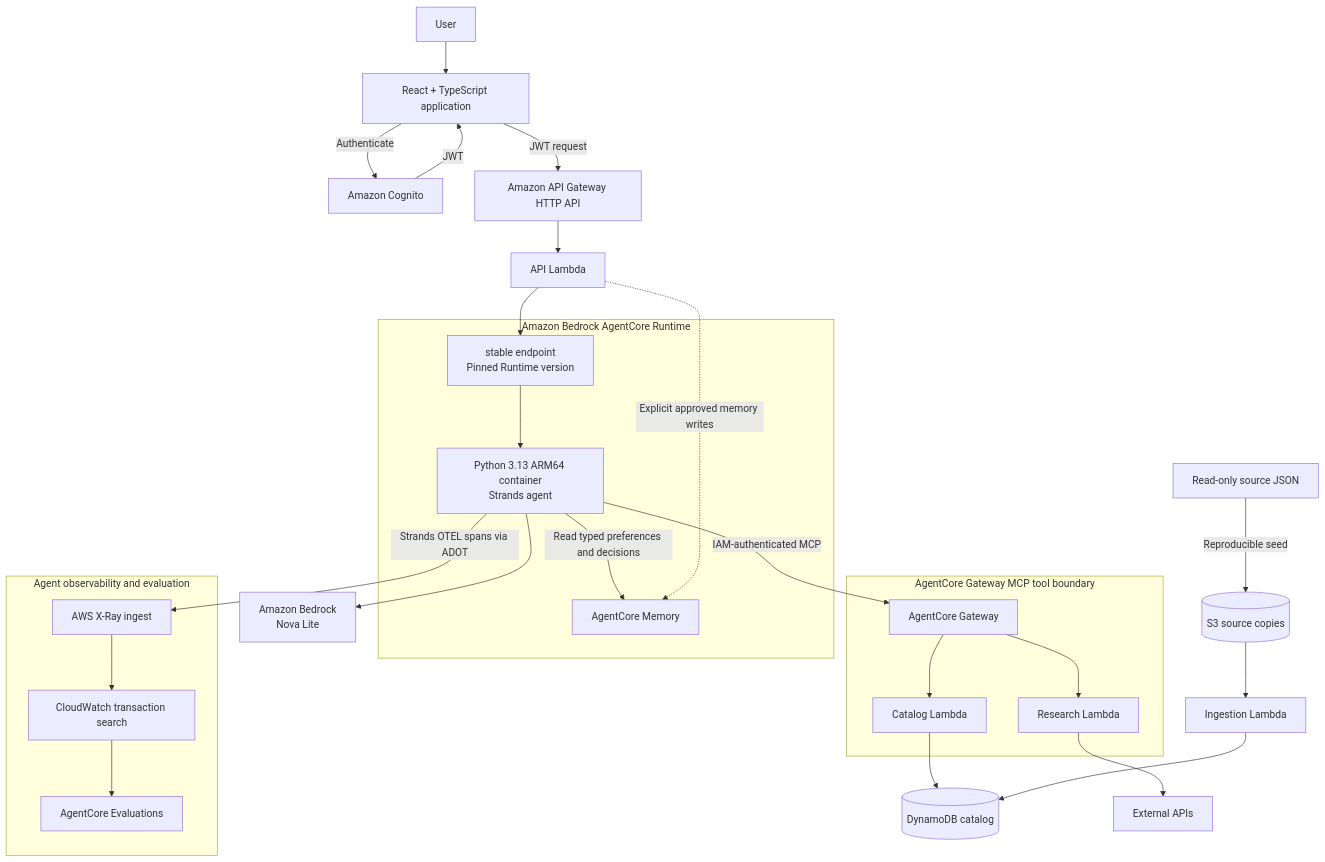
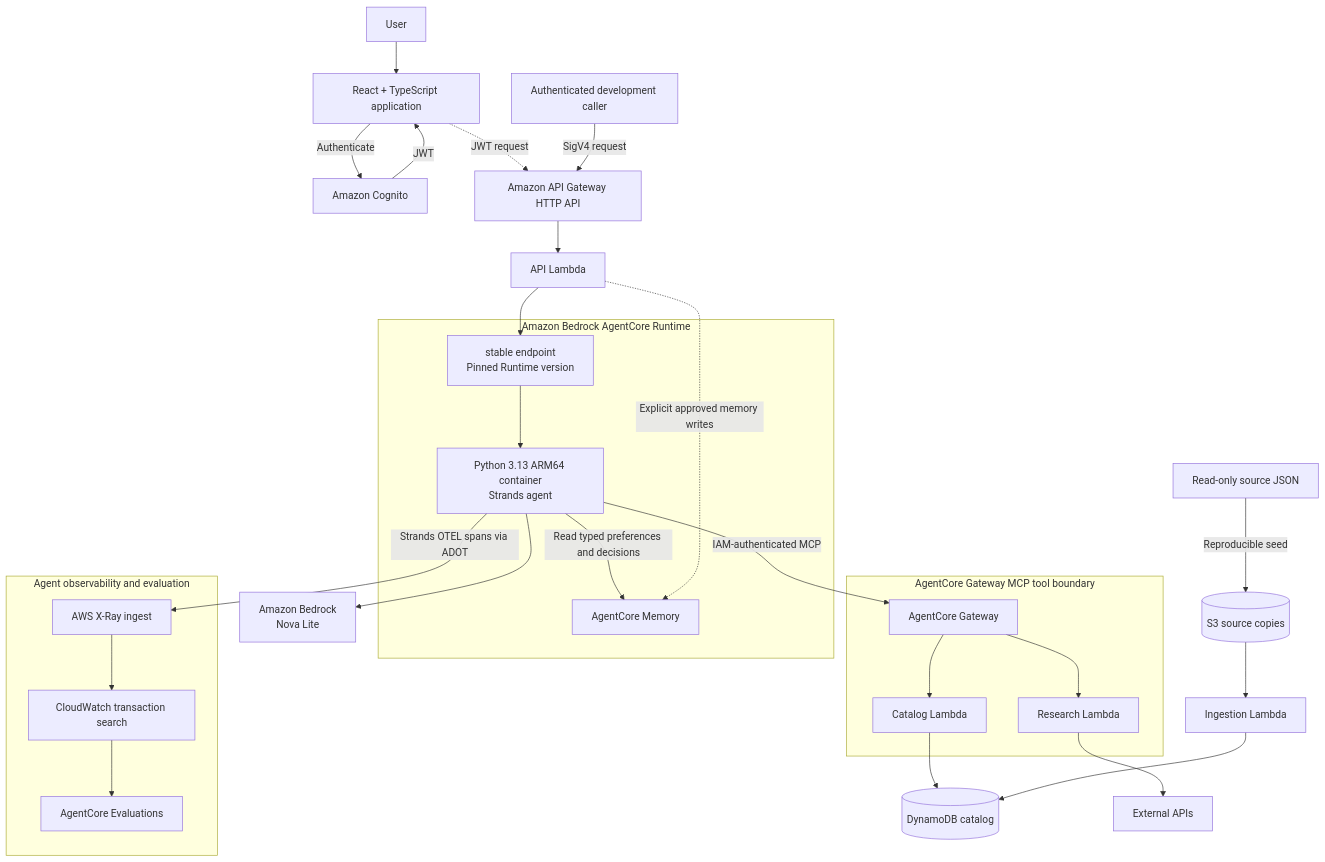
The diagram in README.md (barrettotte/praxis), drawn with Mermaid before and after one commit. The commit also changed other lines of this file and 18 other files, not shown here.

````diff
--- a/README.md
+++ b/README.md
@@ -9,45 +9,46 @@
 ```mermaid
 flowchart TD
     user[User] --> ui[React + TypeScript application]
     ui -->|Authenticate| cognito[Amazon Cognito]
     cognito -->|JWT| ui
-    ui -->|JWT request| apiGateway[Amazon API Gateway HTTP API]
+    ui -.->|JWT request| apiGateway[Amazon API Gateway HTTP API]
+    developer[Authenticated development caller] -->|SigV4 request| apiGateway
     apiGateway --> apiLambda[API Lambda]
 
     subgraph runtime[Amazon Bedrock AgentCore Runtime]
         runtimeEndpoint[stable endpoint<br/>Pinned Runtime version]
         agent[Python 3.13 ARM64 container<br/>Strands agent]
         memory[AgentCore Memory]
         runtimeEndpoint --> agent
         agent -->|Read typed preferences and decisions| memory
     end
 
     apiLambda --> runtimeEndpoint
     apiLambda -.->|Explicit approved memory writes| memory
     agent --> bedrock[Amazon Bedrock<br/>Nova Lite]
 
     subgraph observability[Agent observability and evaluation]
         xray[AWS X-Ray ingest]
         cloudwatch[CloudWatch transaction search]
         evaluations[AgentCore Evaluations]
         xray --> cloudwatch --> evaluations
     end
 
     agent -->|Strands OTEL spans via ADOT| xray
 
     subgraph tools[AgentCore Gateway MCP tool boundary]
         gateway[AgentCore Gateway]
         catalogLambda[Catalog Lambda]
         researchLambda[Research Lambda]
         gateway --> catalogLambda
         gateway --> researchLambda
     end
 
     agent -->|IAM-authenticated MCP| gateway
     catalogLambda --> catalog[(DynamoDB catalog)]
     researchLambda --> external[External APIs]
 
     sources[Read-only source JSON] -->|Reproducible seed| sourceBucket[(S3 source copies)]
     sourceBucket --> ingestion[Ingestion Lambda]
     ingestion --> catalog
 ```
````
